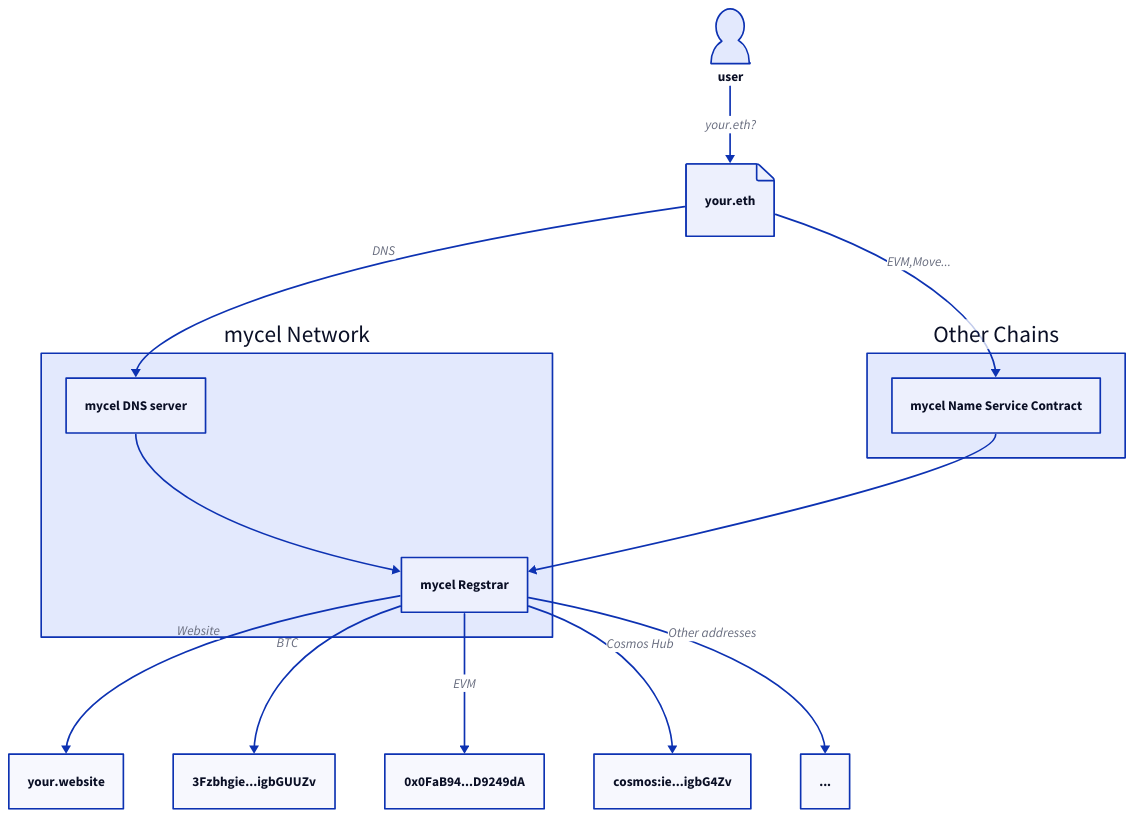
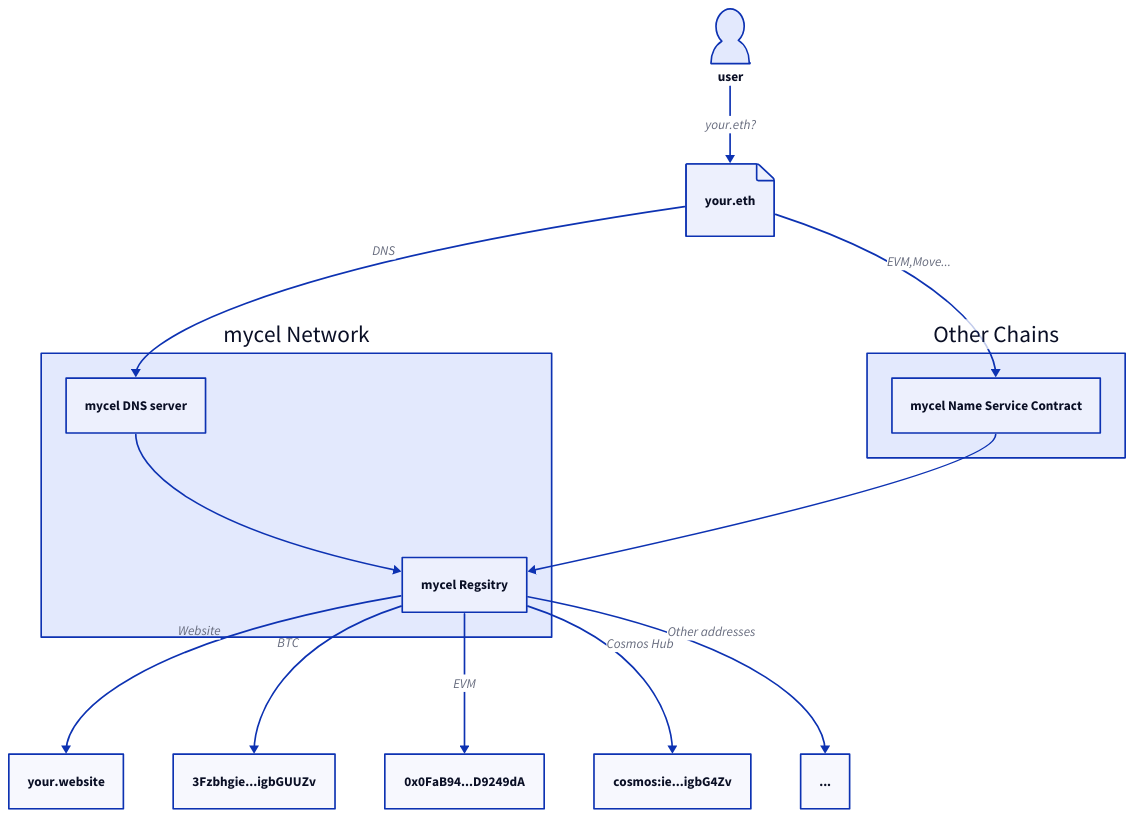
The diagram in docs/assets/overview.d2 (mycel-labs/mycel-docs), drawn with D2 before and after one commit. The commit also changed 6 other files, not shown here.

```diff
--- a/docs/assets/overview.d2
+++ b/docs/assets/overview.d2
@@ -1,23 +1,23 @@
 mycel: mycel Network {
   DNS: mycel DNS server
-  Registrar: mycel Regstrar
+  Registry: mycel Regsitry
 
-  DNS -> Registrar
+  DNS -> Registry
 }
 
 otherChain: Other Chains {
   NSC: mycel Name Service Contract
 }
-otherChain.NSC -> mycel.Registrar
+otherChain.NSC -> mycel.Registry
 
 "user".shape: person
 "your.eth".shape: page
 
 user -> "your.eth": your.eth?
 "your.eth" -> mycel.DNS: DNS
 "your.eth" -> otherChain.NSC: EVM,Move...
-mycel.Registrar-> "your.website" : Website
-mycel.Registrar-> "3Fzbhgie...igbGUUZv": BTC
-mycel.Registrar-> "0x0FaB94...D9249dA": EVM
-mycel.Registrar-> "cosmos:ie...igbG4Zv": Cosmos Hub
-mycel.Registrar->"...": Other addresses
+mycel.Registry-> "your.website" : Website
+mycel.Registry-> "3Fzbhgie...igbGUUZv": BTC
+mycel.Registry-> "0x0FaB94...D9249dA": EVM
+mycel.Registry-> "cosmos:ie...igbG4Zv": Cosmos Hub
+mycel.Registry->"...": Other addresses
```
